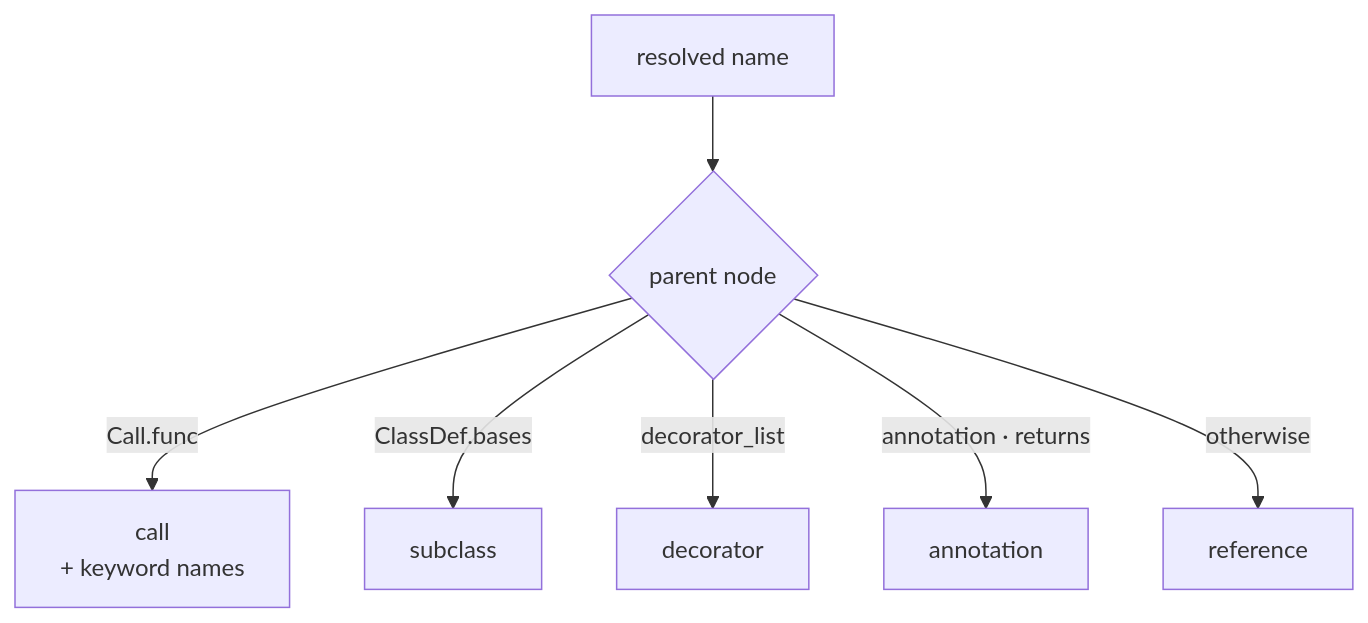
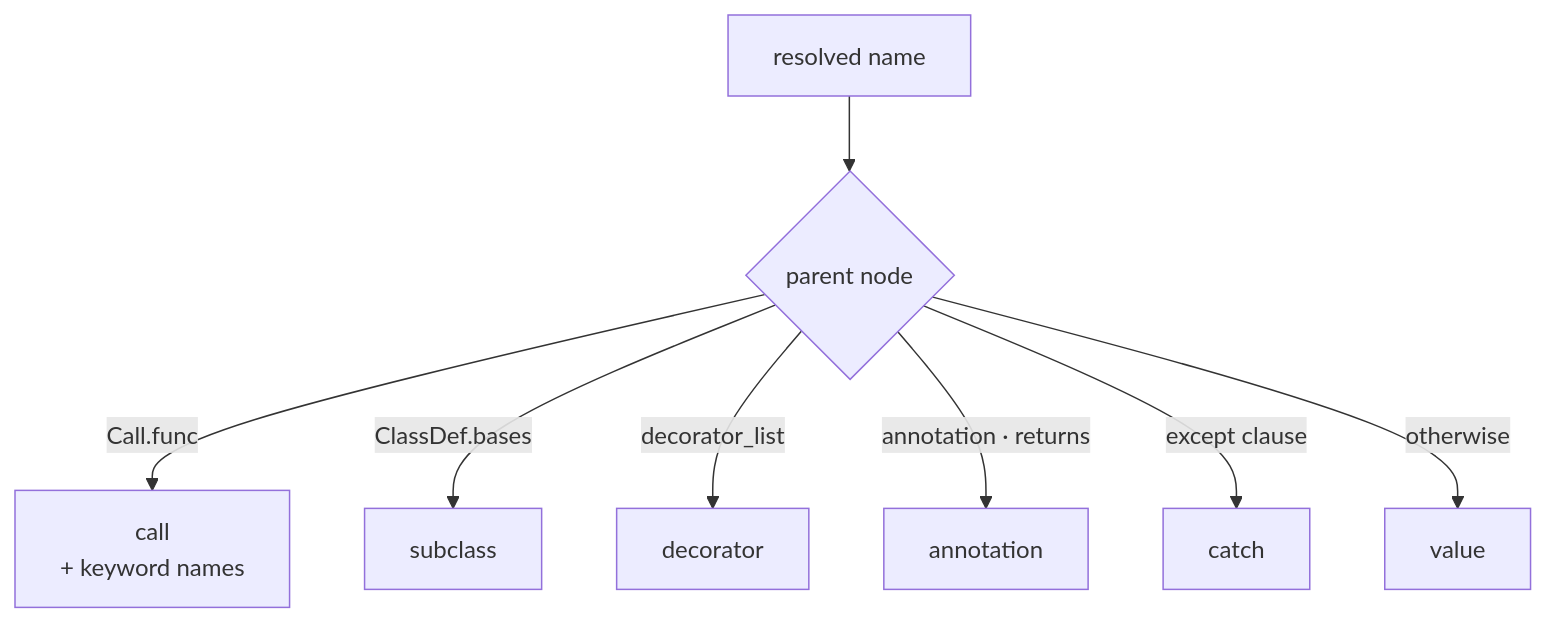
Before and after one commit to jorenham/cuss: the second of 2 diagrams in README.md, drawn with Mermaid. The commit also changed other lines of this file and 4 other files, not shown here.

First line of the commit message:
feat: split `catch` out of the residual kind and name the rest `value`

````diff
--- a/README.md
+++ b/README.md
@@ -123,9 +133,10 @@
 ```mermaid
 flowchart TD
     node["resolved name"] --> parent{"parent node"}
     parent -->|"Call.func"| call["call<br>+ keyword names"]
     parent -->|"ClassDef.bases"| subclass["subclass"]
     parent -->|"decorator_list"| decorator["decorator"]
     parent -->|"annotation · returns"| annotation["annotation"]
-    parent -->|"otherwise"| reference["reference"]
+    parent -->|"except clause"| catch["catch"]
+    parent -->|"otherwise"| value["value"]
 ```
````
